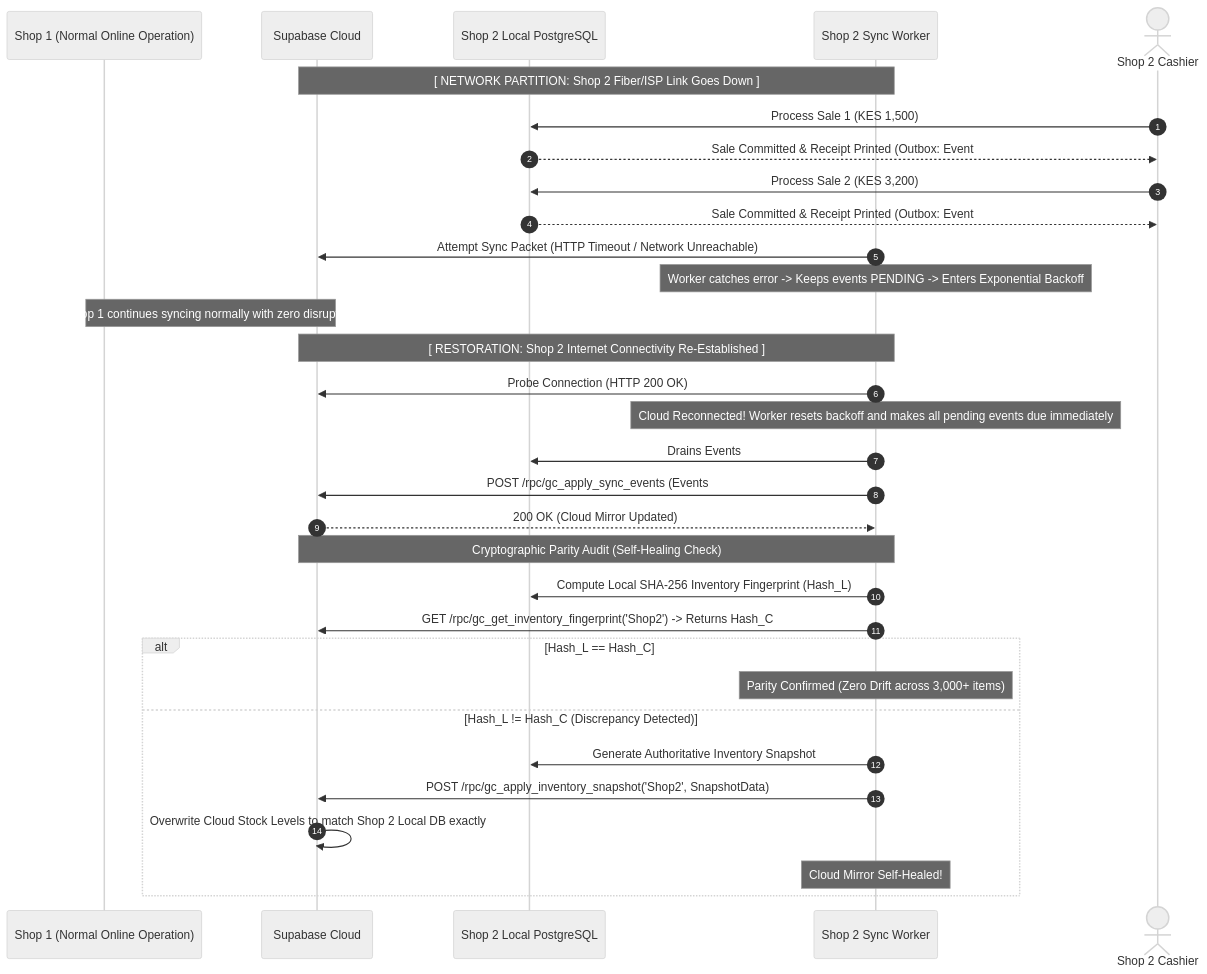
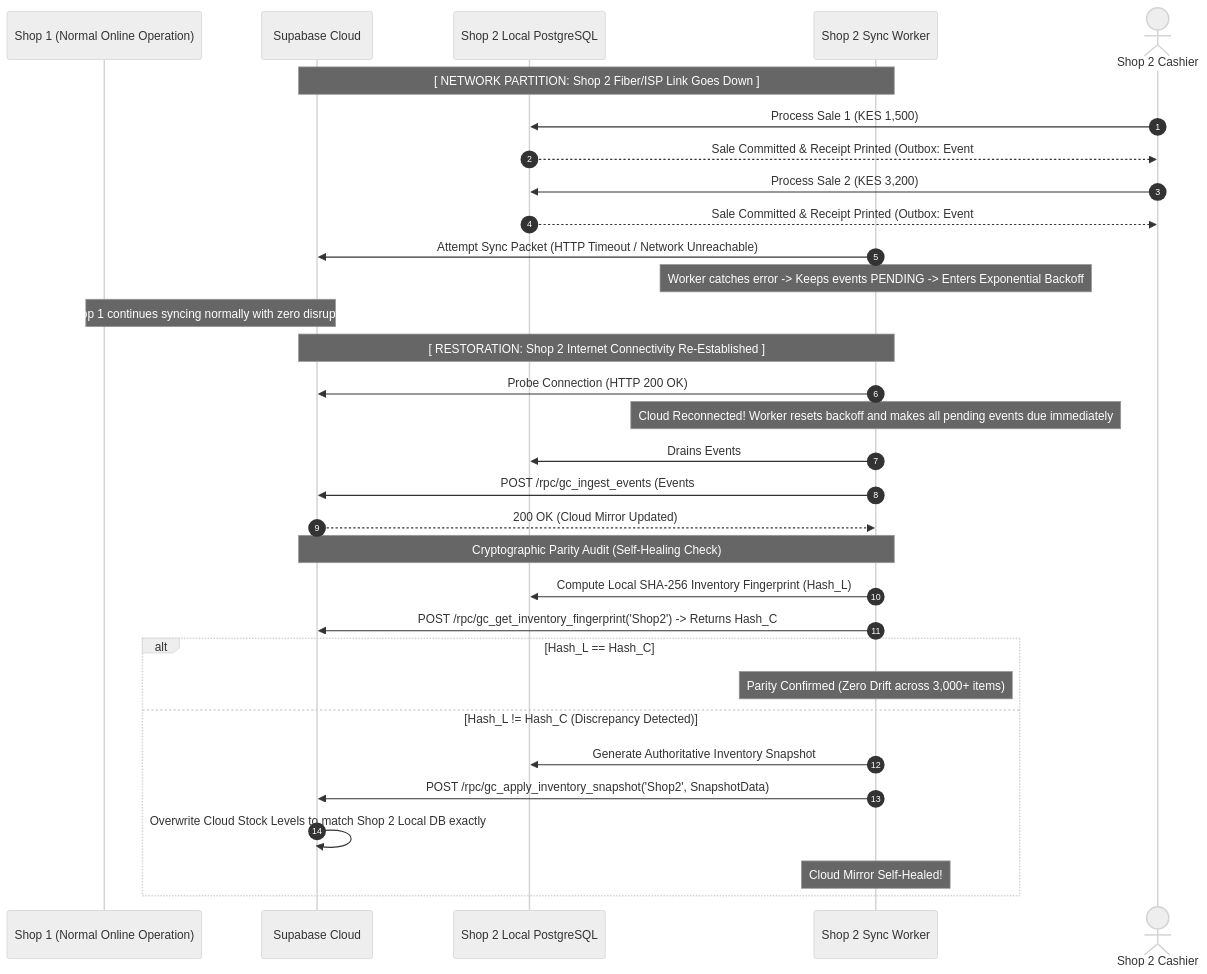
One commit to Aimtech7/giga_chemist-hybrid changed the sixth of 10 diagrams in docs/SRS_LOCAL_SERVER.md. Above: the diagram before and after it, drawn with Mermaid (neutral theme). The commit also changed other lines of this file, not shown here.

Commit message:
docs(srs): add cloud connection protocols, command lifecycle, and complete installation guide to local-server SRS

````diff
--- a/docs/SRS_LOCAL_SERVER.md
+++ b/docs/SRS_LOCAL_SERVER.md
@@ -450,40 +503,40 @@
 ```mermaid
 sequenceDiagram
     autonumber
     participant S1 as Shop 1 (Normal Online Operation)
     participant Cloud as Supabase Cloud
     participant S2_DB as Shop 2 Local PostgreSQL
     participant S2_Worker as Shop 2 Sync Worker
     actor Cashier2 as Shop 2 Cashier
 
     Note over S2_Worker,Cloud: [ NETWORK PARTITION: Shop 2 Fiber/ISP Link Goes Down ]
 
     Cashier2->>S2_DB: Process Sale 1 (KES 1,500)
     S2_DB-->>Cashier2: Sale Committed & Receipt Printed (Outbox: Event #501 PENDING)
     Cashier2->>S2_DB: Process Sale 2 (KES 3,200)
     S2_DB-->>Cashier2: Sale Committed & Receipt Printed (Outbox: Event #502 PENDING)
 
     S2_Worker->>Cloud: Attempt Sync Packet (HTTP Timeout / Network Unreachable)
     Note over S2_Worker: Worker catches error -> Keeps events PENDING -> Enters Exponential Backoff
     Note over S1,Cloud: Shop 1 continues syncing normally with zero disruption
 
     Note over S2_Worker,Cloud: [ RESTORATION: Shop 2 Internet Connectivity Re-Established ]
 
     S2_Worker->>Cloud: Probe Connection (HTTP 200 OK)
     Note over S2_Worker: Cloud Reconnected! Worker resets backoff and makes all pending events due immediately
     S2_Worker->>S2_DB: Drains Events #501 and #502
-    S2_Worker->>Cloud: POST /rpc/gc_apply_sync_events (Events #501, #502)
+    S2_Worker->>Cloud: POST /rpc/gc_ingest_events (Events #501, #502)
     Cloud-->>S2_Worker: 200 OK (Cloud Mirror Updated)
 
     Note over S2_Worker,Cloud: Cryptographic Parity Audit (Self-Healing Check)
     S2_Worker->>S2_DB: Compute Local SHA-256 Inventory Fingerprint (Hash_L)
-    S2_Worker->>Cloud: GET /rpc/gc_get_inventory_fingerprint('Shop2') -> Returns Hash_C
+    S2_Worker->>Cloud: POST /rpc/gc_get_inventory_fingerprint('Shop2') -> Returns Hash_C
     alt Hash_L == Hash_C
         Note over S2_Worker: Parity Confirmed (Zero Drift across 3,000+ items)
     else Hash_L != Hash_C (Discrepancy Detected)
         S2_Worker->>S2_DB: Generate Authoritative Inventory Snapshot
         S2_Worker->>Cloud: POST /rpc/gc_apply_inventory_snapshot('Shop2', SnapshotData)
         Cloud->>Cloud: Overwrite Cloud Stock Levels to match Shop 2 Local DB exactly
         Note over S2_Worker: Cloud Mirror Self-Healed!
     end
 ```
````
